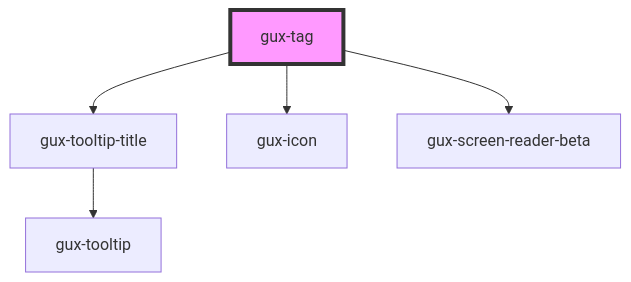
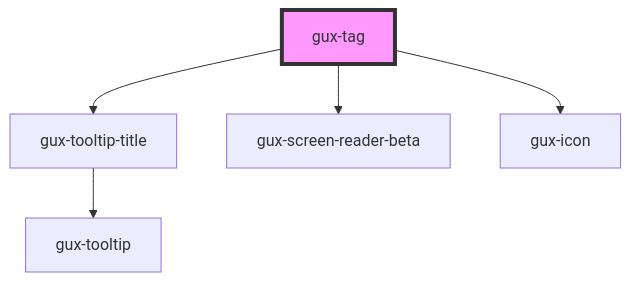
One commit to MyPureCloud/genesys-spark changed the diagram in packages/genesys-spark-components/src/components/stable/gux-tag/readme.md. Above: the diagram before and after it, drawn with Mermaid. The commit also changed other lines of this file and 24 other files, not shown here.

````diff
--- a/packages/genesys-spark-components/src/components/stable/gux-tag/readme.md
+++ b/packages/genesys-spark-components/src/components/stable/gux-tag/readme.md
@@ -42,8 +42,8 @@
 ```mermaid
 graph TD;
   gux-tag --> gux-tooltip-title
+  gux-tag --> gux-screen-reader-beta
   gux-tag --> gux-icon
-  gux-tag --> gux-screen-reader-beta
   gux-tooltip-title --> gux-tooltip
   style gux-tag fill:#f9f,stroke:#333,stroke-width:4px
 ```
````
